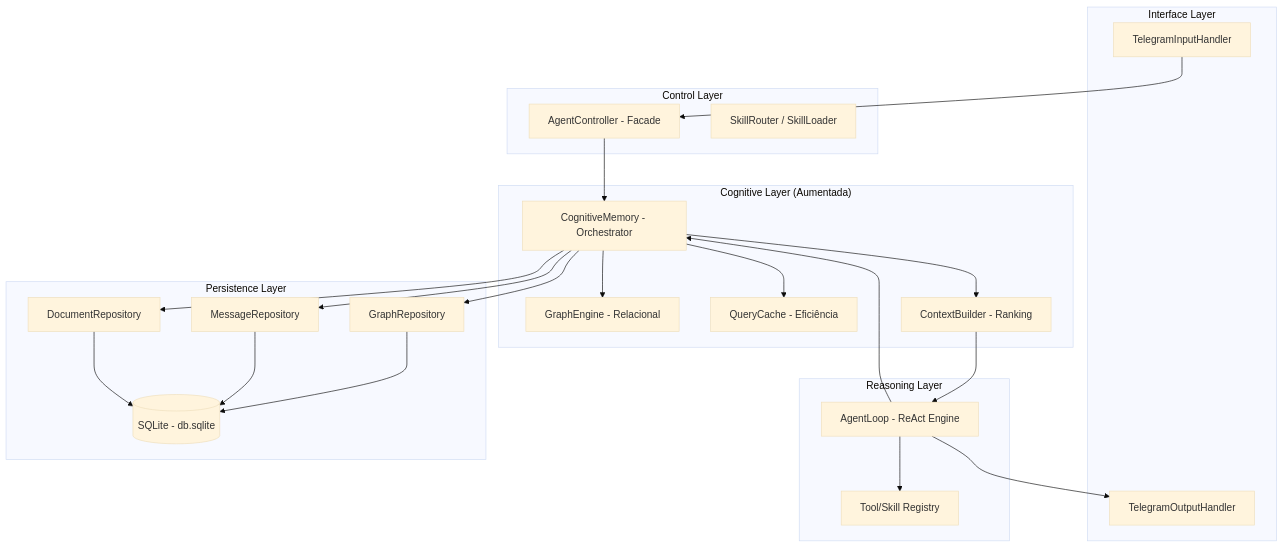
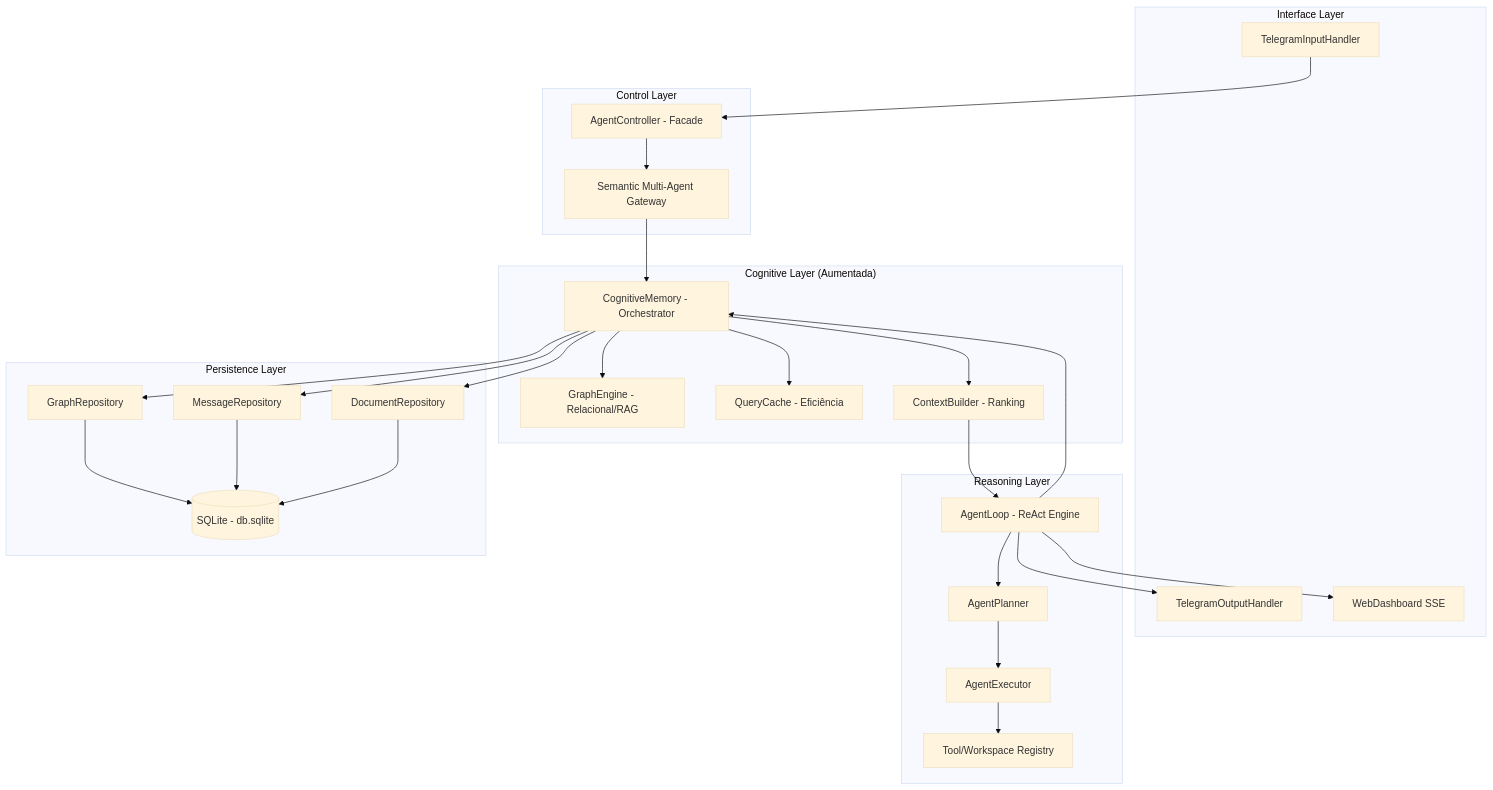
Before and after one commit to rovanni/IalClaw: the third of 4 diagrams in specs/architecture.md, drawn with Mermaid (base theme). The commit also changed other lines of this file and 7 other files, not shown here.

Commit message:
feat: Introduce detailed specifications for IalClaw v3.0 cognitive architecture, agent loop, memory, and related components.

````diff
--- a/specs/architecture.md
+++ b/specs/architecture.md
@@ -55,54 +307,61 @@
 ```mermaid
 graph TB
 
     subgraph "Interface Layer"
         InputH[TelegramInputHandler]
         OutputH[TelegramOutputHandler]
+        Dash[WebDashboard SSE]
     end
 
     subgraph "Control Layer"
         Controller[AgentController - Facade]
-        Router[SkillRouter / SkillLoader]
+        Gateway[Semantic Multi-Agent Gateway]
     end
 
     subgraph "Cognitive Layer (Aumentada)"
         CogMem[CognitiveMemory - Orchestrator]
-        GraphE[GraphEngine - Relacional]
+        GraphE[GraphEngine - Relacional/RAG]
         QueryC[QueryCache - Eficiência]
         CtxB[ContextBuilder - Ranking]
     end
 
     subgraph "Reasoning Layer"
         Loop[AgentLoop - ReAct Engine]
-        Tools[Tool/Skill Registry]
+        Planner[AgentPlanner]
+        Executor[AgentExecutor]
+        Tools[Tool/Workspace Registry]
     end
 
     subgraph "Persistence Layer"
         DB[(SQLite - db.sqlite)]
         DocsR[DocumentRepository]
         GraphR[GraphRepository]
         MsgR[MessageRepository]
     end
 
     InputH --> Controller
-    Controller --> CogMem
+    Controller --> Gateway
+    Gateway --> CogMem
 
     CogMem --> QueryC
     CogMem --> GraphE
     CogMem --> DocsR
     CogMem --> CtxB
 
     CtxB --> Loop
 
-    Loop --> Tools
+    Loop --> Planner
+    Planner --> Executor
+    Executor --> Tools
     Loop --> CogMem
 
     CogMem --> GraphR
     CogMem --> MsgR
 
     GraphR --> DB
     MsgR --> DB
     DocsR --> DB
 
     Loop --> OutputH
+    Loop --> Dash
 ```
````
